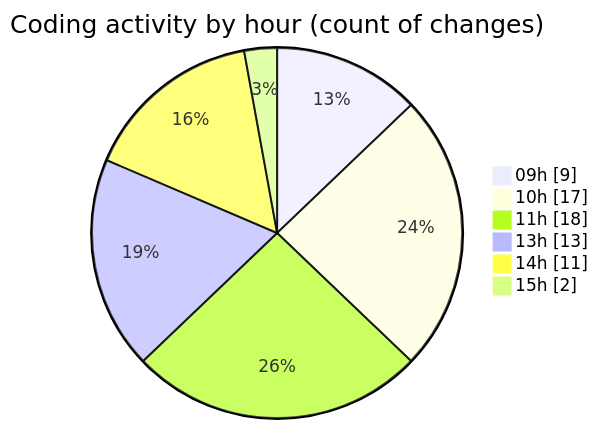
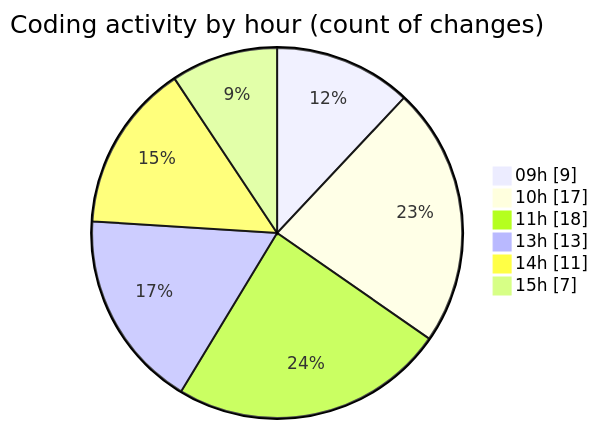
The second of 2 diagrams in 2025-05-08/cda/README.md (momahboobian/code-tracking), drawn with Mermaid before and after one commit. The commit also changed other lines of this file and 1 other file, not shown here.

````diff
--- a/2025-05-08/cda/README.md
+++ b/2025-05-08/cda/README.md
@@ -50,10 +51,10 @@
 ```mermaid
 pie showData
 title Coding activity by hour (count of changes)
 "09h" : 9
 "10h" : 17
 "11h" : 18
 "13h" : 13
 "14h" : 11
-"15h" : 2
+"15h" : 7
 ```
````
